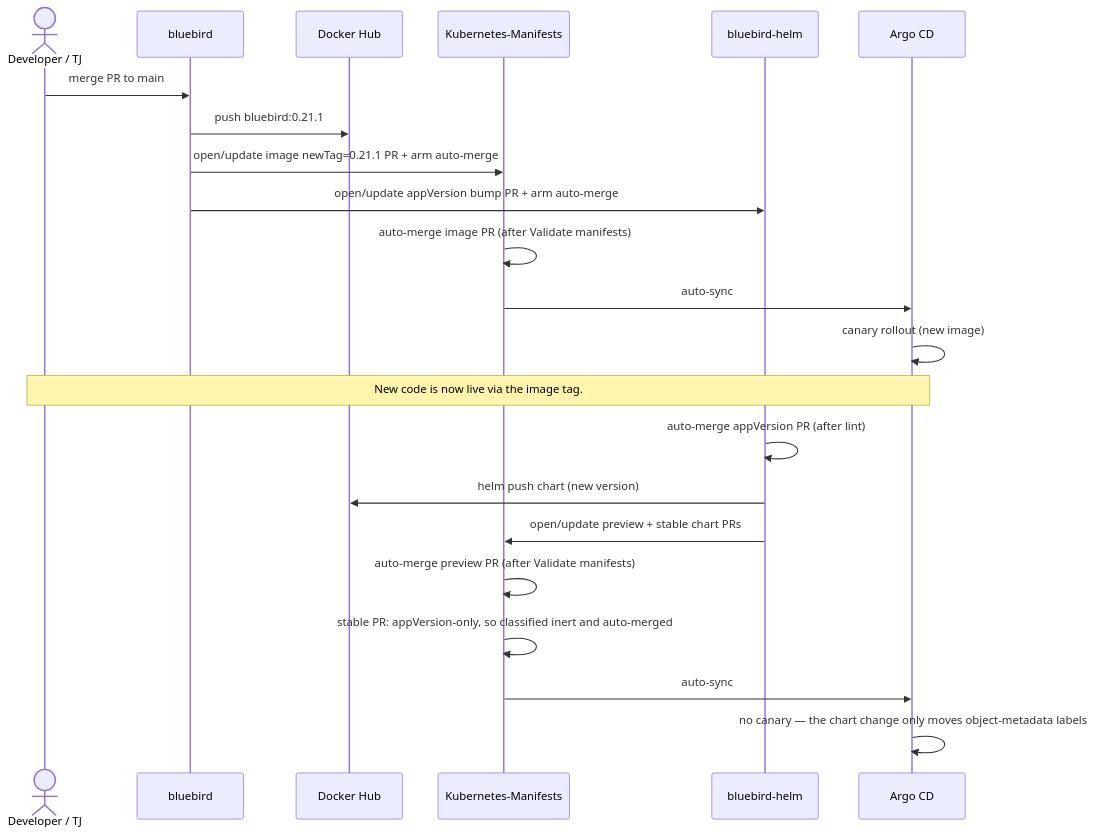
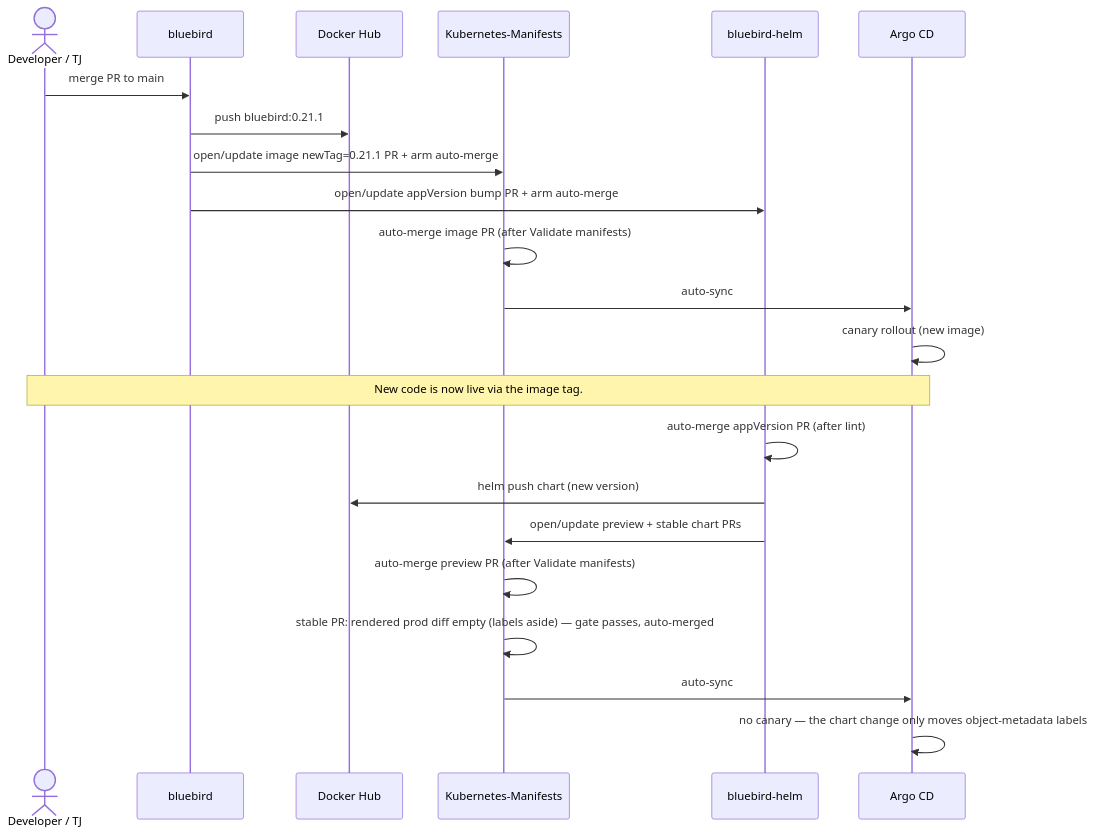
One commit to zimmertr/bluebird changed the sixth of 6 diagrams in docs/CICD.md. Above: the diagram before and after it, drawn with Mermaid. The commit also changed other lines of this file, not shown here.

First line of the commit message:
docs: the stable chart gate is a render-diff in Kubernetes-Manifests

````diff
--- a/docs/CICD.md
+++ b/docs/CICD.md
@@ -580,25 +583,25 @@
 ```mermaid
 sequenceDiagram
     actor Dev as Developer / TJ
     participant BB as bluebird
     participant DH as Docker Hub
     participant KM as Kubernetes-Manifests
     participant HELM as bluebird-helm
     participant ARGO as Argo CD
 
     Dev->>BB: merge PR to main
     BB->>DH: push bluebird:0.21.1
     BB->>KM: open/update image newTag=0.21.1 PR + arm auto-merge
     BB->>HELM: open/update appVersion bump PR + arm auto-merge
     KM->>KM: auto-merge image PR (after Validate manifests)
     KM->>ARGO: auto-sync
     ARGO->>ARGO: canary rollout (new image)
     Note over Dev,ARGO: New code is now live via the image tag.
     HELM->>HELM: auto-merge appVersion PR (after lint)
     HELM->>DH: helm push chart (new version)
     HELM->>KM: open/update preview + stable chart PRs
     KM->>KM: auto-merge preview PR (after Validate manifests)
-    KM->>KM: stable PR: appVersion-only, so classified inert and auto-merged
+    KM->>KM: stable PR: rendered prod diff empty (labels aside) — gate passes, auto-merged
     KM->>ARGO: auto-sync
     ARGO->>ARGO: no canary — the chart change only moves object-metadata labels
 ```
````
